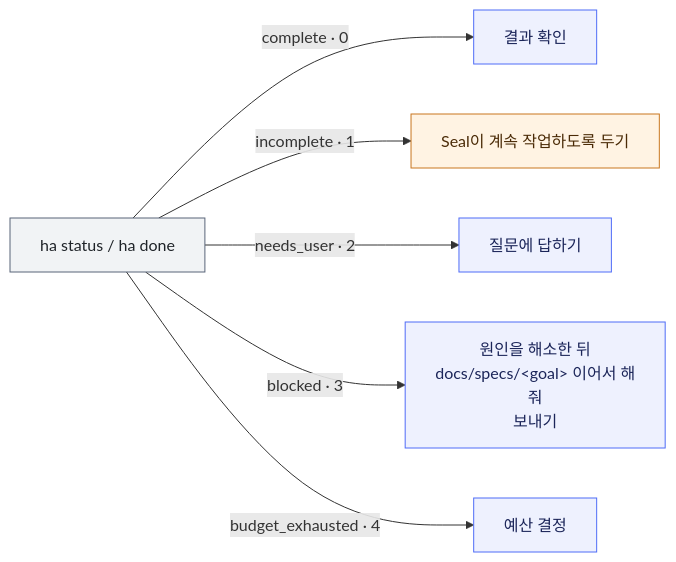
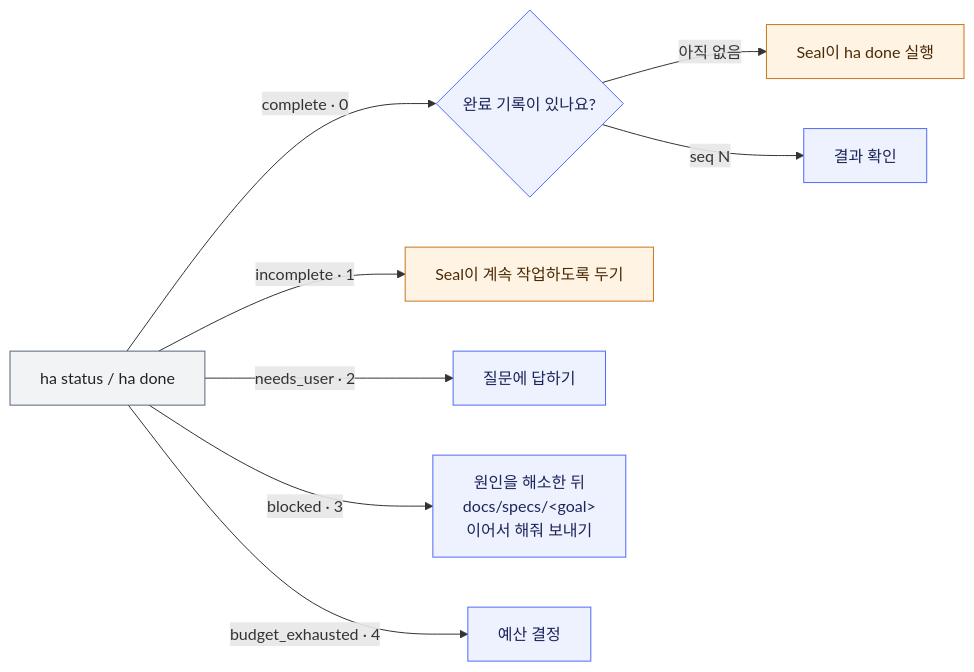
The diagram in guides/USAGE.md (jgoneit/jaekit), drawn with Mermaid before and after one commit. The commit also changed other lines of this file and 1 other file, not shown here.

Commit message:
docs: route a status-only complete through ha done in the usage diagram
ha status reports complete once the required conditions are met, even
before a completion record exists; completion still needs ha done
(contracts/run-record.md §4.3). The usage guides' diagram now asks
whether a completion record exists: none yet leads to Seal running
ha done, a record leads to reviewing the result. The text above the
diagram says the same.

````diff
--- a/guides/USAGE.md
+++ b/guides/USAGE.md
@@ -64,14 +64,16 @@
 ```mermaid
 flowchart LR
-    S["ha status / ha done"] -->|complete · 0| C["결과 확인"]
+    S["ha status / ha done"] -->|complete · 0| R{"완료 기록이 있나요?"}
+    R -->|"아직 없음"| D["Seal이 ha done 실행"]
+    R -->|"seq N"| C["결과 확인"]
     S -->|incomplete · 1| I["Seal이 계속 작업하도록 두기"]
     S -->|needs_user · 2| U["질문에 답하기"]
-    S -->|blocked · 3| B["원인을 해소한 뒤<br/>docs/specs/#lt;goal#gt; 이어서 해줘<br/>보내기"]
+    S -->|blocked · 3| B["원인을 해소한 뒤<br/>docs/specs/#lt;goal#gt;<br/>이어서 해줘 보내기"]
     S -->|budget_exhausted · 4| E["예산 결정"]
     classDef you fill:#EEF1FE,stroke:#4F6CF7,color:#1B2559
     classDef sealStep fill:#FFF3E3,stroke:#C9761F,color:#4A2A06
     classDef record fill:#F1F3F5,stroke:#596579,color:#1F2328
     class S record
-    class C,U,B,E you
-    class I sealStep
+    class C,U,B,E,R you
+    class I,D sealStep
 ```
````
